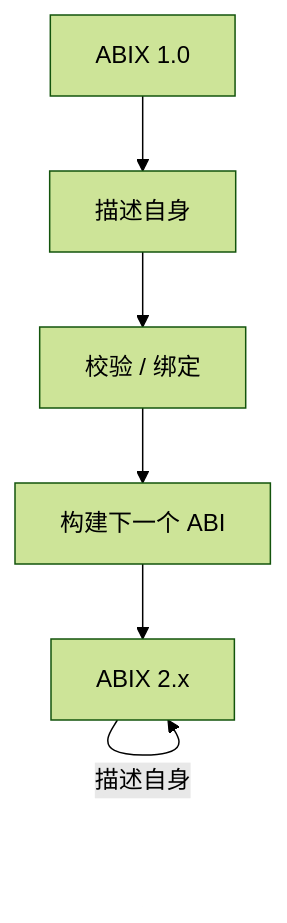
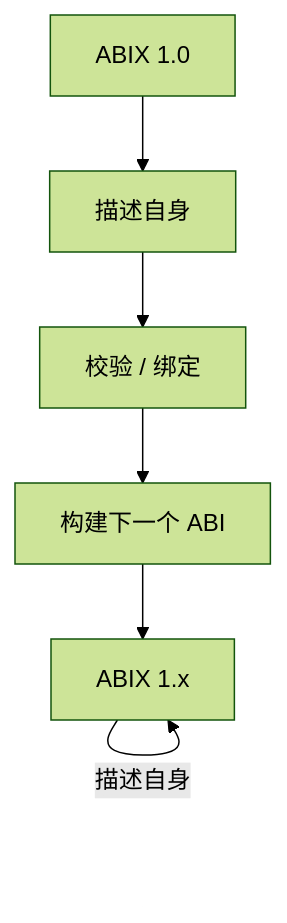
Before and after one commit to Sukanle/ABIX: the ninth of 11 diagrams in README_ZH.md, drawn with Mermaid (forest theme). The commit also changed other lines of this file and 6 other files, not shown here.

````diff
--- a/README_ZH.md
+++ b/README_ZH.md
@@ -252,8 +252,8 @@
 ```mermaid
 graph TD
     A[ABIX 1.0] --> B[描述自身]
     B --> C[校验 / 绑定]
     C --> D[构建下一个 ABI]
-    D --> E[ABIX 2.x]
+    D --> E[ABIX 1.x]
     E -->|描述自身| E
 ```
````
